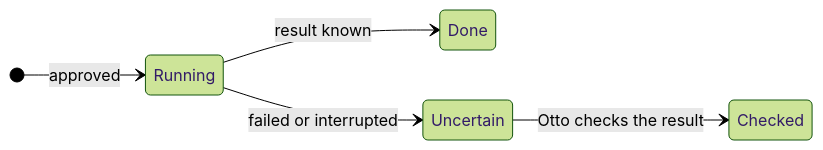
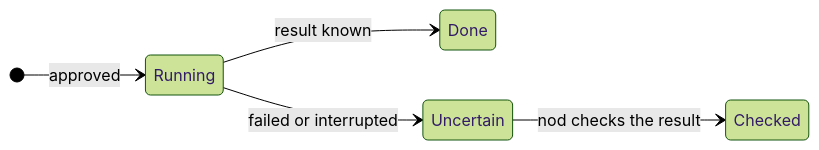
One commit to KrishBhimani/nod changed the diagram in docs/src/content/docs/deploy/troubleshooting.md. Above: the diagram before and after it, drawn with Mermaid (forest theme). The commit also changed other lines of this file and 380 other files, not shown here.

Commit message:
feat!: rename Otto to nod (#398)

````diff
--- a/docs/src/content/docs/deploy/troubleshooting.md
+++ b/docs/src/content/docs/deploy/troubleshooting.md
@@ -118,8 +118,8 @@
 ```mermaid
 stateDiagram-v2
   direction LR
   [*] --> Running: approved
   Running --> Done: result known
   Running --> Uncertain: failed or interrupted
-  Uncertain --> Checked: Otto checks the result
+  Uncertain --> Checked: nod checks the result
 ```
````
